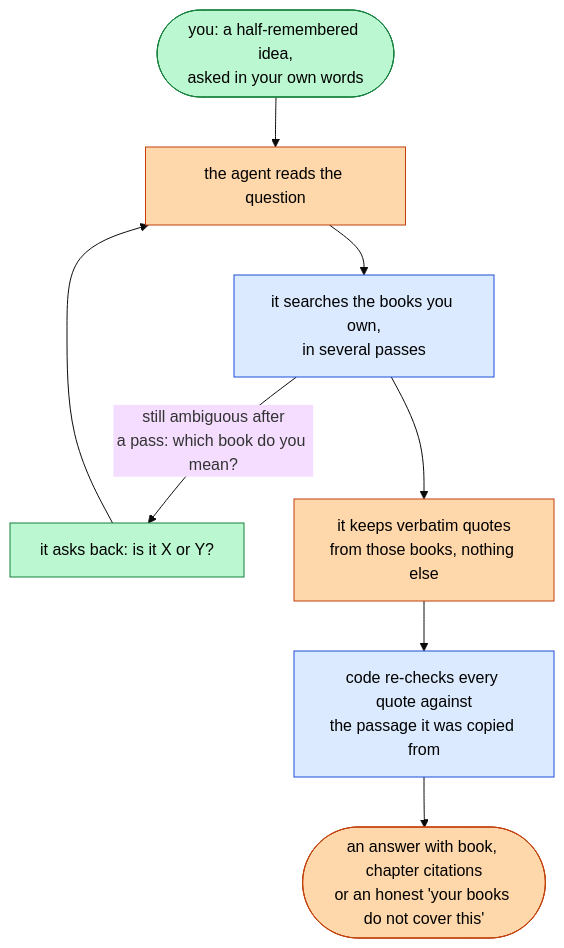
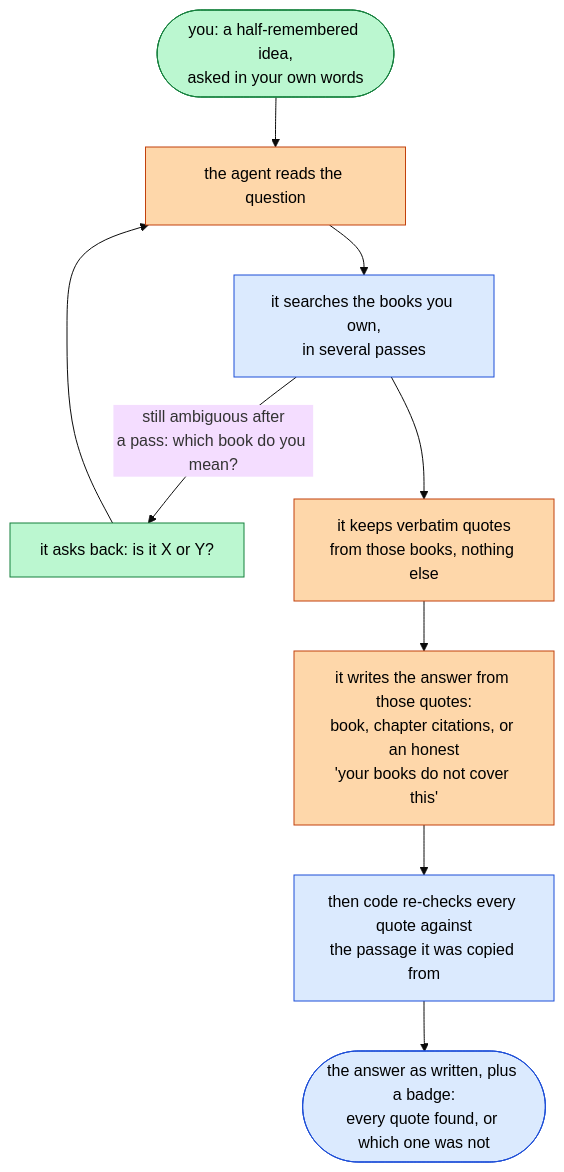
One commit to ievgen-borysenko/ask-your-library changed the first of 2 diagrams in README.md. Above: the diagram before and after it, drawn with Mermaid (base theme). The commit also changed other lines of this file and 4 other files, not shown here.

````diff
--- a/README.md
+++ b/README.md
@@ -17,14 +17,15 @@
 ```mermaid
 flowchart TB
     R(["you: a half-remembered idea,<br/>asked in your own words"]):::human
     R --> AG["the agent reads the question"]:::ai
     AG --> SE["it searches the books you own,<br/>in several passes"]:::code
     SE -->|"still ambiguous after<br/>a pass: which book do you mean?"| CQ["it asks back: is it X or Y?"]:::human
     CQ --> AG
     SE --> EV["it keeps verbatim quotes<br/>from those books, nothing else"]:::ai
-    EV --> CK["code re-checks every quote against<br/>the passage it was copied from"]:::code
-    CK --> A(["an answer with book, chapter citations<br/>or an honest 'your books do not cover this'"]):::ai
+    EV --> A["it writes the answer from those quotes:<br/>book, chapter citations, or an honest<br/>'your books do not cover this'"]:::ai
+    A --> CK["then code re-checks every quote against<br/>the passage it was copied from"]:::code
+    CK --> OUT(["the answer as written, plus a badge:<br/>every quote found, or which one was not"]):::code
     classDef code fill:#dbeafe,stroke:#1d4ed8,color:#000
     classDef ai fill:#fed7aa,stroke:#c2410c,color:#000
     classDef human fill:#bbf7d0,stroke:#15803d,color:#000
 ```
````
